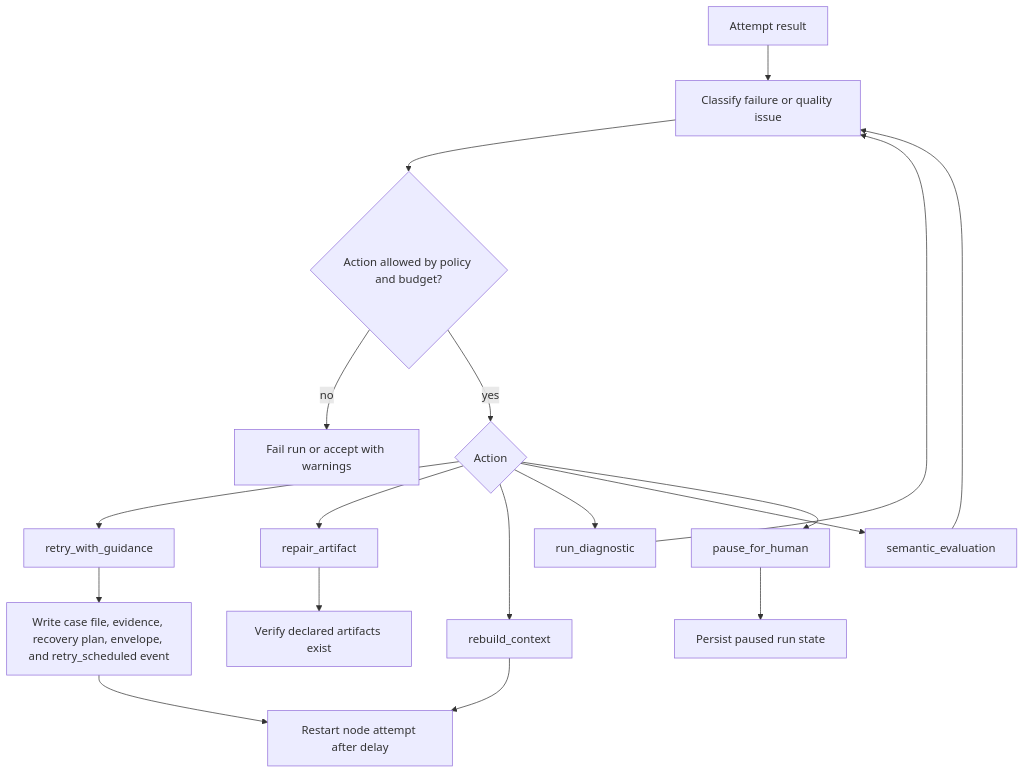
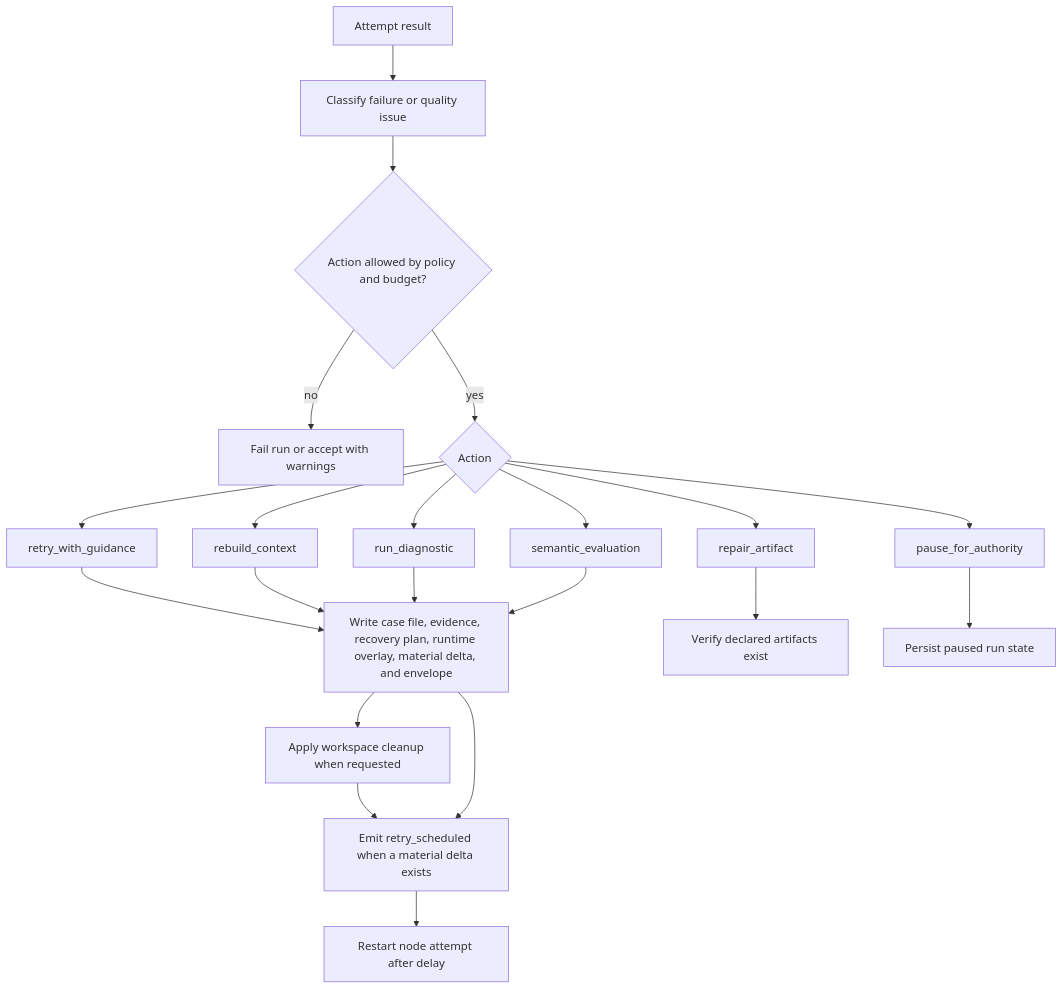
The third of 3 diagrams in docs/technical-implementation/runtime-lifecycle.md (koji98/agentflow), drawn with Mermaid before and after one commit. The commit also changed other lines of this file and 118 other files, not shown here.

````diff
--- a/docs/technical-implementation/runtime-lifecycle.md
+++ b/docs/technical-implementation/runtime-lifecycle.md
@@ -101,20 +101,23 @@
 ```mermaid
 flowchart TD
   result["Attempt result"] --> classify["Classify failure or quality issue"]
   classify --> budget{"Action allowed by policy and budget?"}
   budget -- no --> fail["Fail run or accept with warnings"]
   budget -- yes --> action{"Action"}
   action --> retry["retry_with_guidance"]
   action --> repair["repair_artifact"]
   action --> rebuild["rebuild_context"]
   action --> diagnostic["run_diagnostic"]
   action --> semantic["semantic_evaluation"]
-  action --> pause["pause_for_human"]
-  retry --> schedule["Write case file, evidence, recovery plan, envelope, and retry_scheduled event"]
+  action --> pause["pause_for_authority"]
+  retry --> overlay["Write case file, evidence, recovery plan, runtime overlay, material delta, and envelope"]
+  rebuild --> overlay
+  diagnostic --> overlay
+  semantic --> overlay
+  overlay --> workspace["Apply workspace cleanup when requested"]
+  workspace --> schedule
+  overlay --> schedule["Emit retry_scheduled when a material delta exists"]
   schedule --> rerun["Restart node attempt after delay"]
   repair --> verify["Verify declared artifacts exist"]
-  rebuild --> rerun
-  diagnostic --> classify
-  semantic --> classify
   pause --> persisted["Persist paused run state"]
 ```
````
